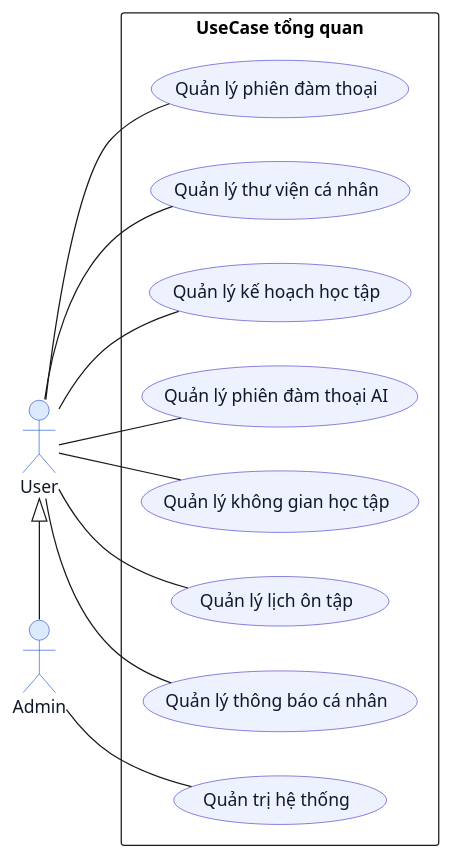
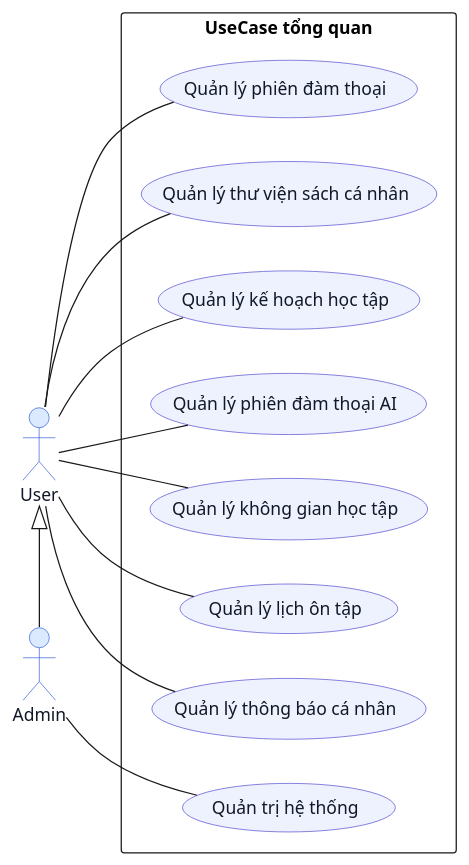
One commit to KhoaSinno/triam-backend changed the diagram in _docs_capstone/_dia/UseCase/sub_UC/triam_usecase_overview.puml. Above: the diagram before and after it, drawn with PlantUML. The commit also changed 7 other files, not shown here.

```diff
--- a/_docs_capstone/_dia/UseCase/sub_UC/triam_usecase_overview.puml
+++ b/_docs_capstone/_dia/UseCase/sub_UC/triam_usecase_overview.puml
@@ -1,50 +1,50 @@
 @startuml triam_usecase_overview
 skinparam Shadowing false
 skinparam backgroundColor #FFFFFF
 skinparam defaultFontName Arial
 ' skinparam defaultFontSize 13
 ' skinparam roundcorner 18
 ' skinparam linetype ortho
 ' skinparam packageStyle rectangle
 ' skinparam nodesep 50
 ' skinparam ranksep 50
 
 skinparam actor {
   BackgroundColor #DBEAFE
   BorderColor #1D4ED8
   FontColor #111827
 }
 skinparam usecase {
   BackgroundColor #EEF2FF
   BorderColor #4338CA
   FontColor #111827
 }
 
 left to right direction
 
 actor "User" as Reader
 actor "Admin" as Admin
 
 rectangle "UseCase tổng quan" {
   (Quản lý phiên đàm thoại) as UC_Account
-  (Quản lý thư viện cá nhân) as UC_LibraryPlan
+  (Quản lý thư viện sách cá nhân) as UC_LibraryPlan
   (Quản lý kế hoạch học tập) as UC_ListenProgress
   (Quản lý phiên đàm thoại AI) as UC_AI
   (Quản lý không gian học tập) as UC_Workspace
   (Quản lý lịch ôn tập) as UC_Review
   (Quản lý thông báo cá nhân) as UC_Notification
 
   (Quản trị hệ thống) as UC_AdminSystem
 }
 
 Reader -- UC_Account
 Reader -- UC_LibraryPlan
 Reader -- UC_ListenProgress
 Reader -- UC_AI
 Reader -- UC_Workspace
 Reader -- UC_Review
 Reader -- UC_Notification
 
 Admin -- UC_AdminSystem
 Reader <|- Admin
 @enduml
```
